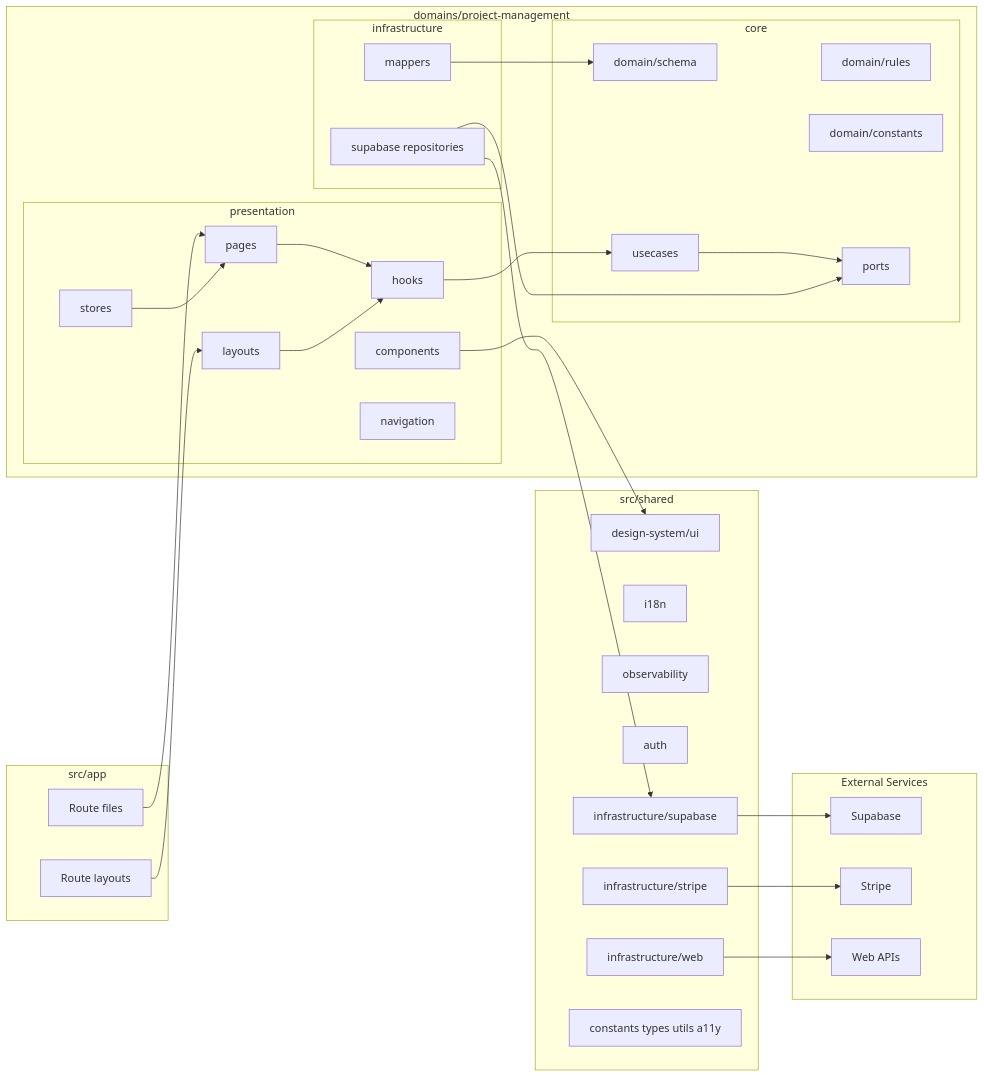
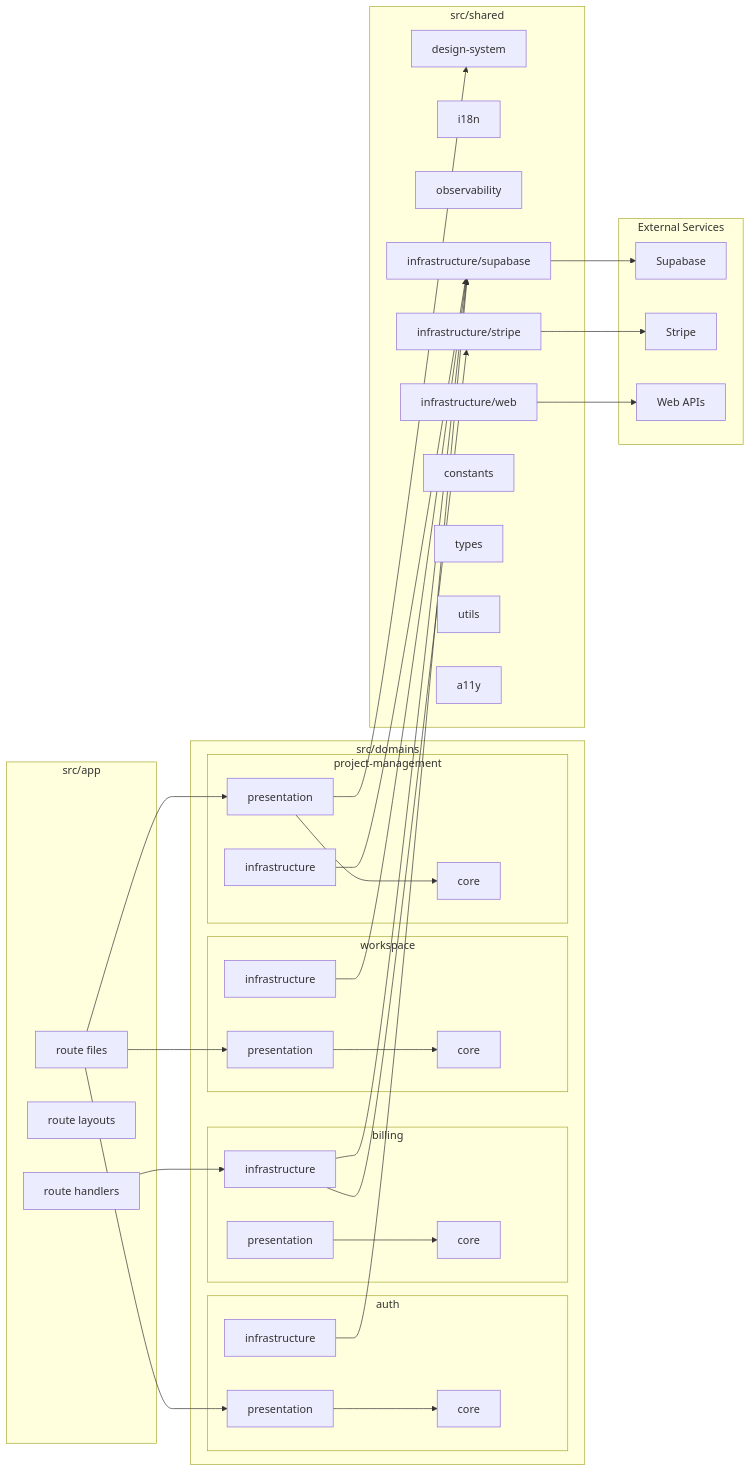
Before and after one commit to mc6ril/workbench: the fourth of 5 diagrams in .cursor/docs/flowchart.md, drawn with Mermaid. The commit also changed other lines of this file and 19 other files, not shown here.

````diff
--- a/.cursor/docs/flowchart.md
+++ b/.cursor/docs/flowchart.md
@@ -73,63 +88,76 @@
 ```mermaid
 flowchart LR
    subgraph APP[src/app]
-      APP1[Route files]
-      APP2[Route layouts]
+      APP1[route files]
+      APP2[route layouts]
+      APP3[route handlers]
    end
 
-   subgraph PM[domains/project-management]
-      subgraph PM_PRE[presentation]
-         PM_PRE_1[pages]
-         PM_PRE_2[layouts]
-         PM_PRE_3[components]
-         PM_PRE_4[hooks]
-         PM_PRE_5[stores]
-         PM_PRE_6[navigation]
+   subgraph DOMAINS[src/domains]
+      subgraph AUTH[auth]
+         AUTH_PRE[presentation]
+         AUTH_CORE[core]
+         AUTH_INFRA[infrastructure]
       end
 
-      subgraph PM_CORE[core]
-         PM_CORE_1[domain/schema]
-         PM_CORE_2[domain/rules]
-         PM_CORE_3[domain/constants]
-         PM_CORE_4[ports]
-         PM_CORE_5[usecases]
+      subgraph BILLING[billing]
+         BILLING_PRE[presentation]
+         BILLING_CORE[core]
+         BILLING_INFRA[infrastructure]
       end
 
-      subgraph PM_INFRA[infrastructure]
-         PM_INFRA_1[supabase repositories]
-         PM_INFRA_2[mappers]
+      subgraph WORKSPACE[workspace]
+         WORKSPACE_PRE[presentation]
+         WORKSPACE_CORE[core]
+         WORKSPACE_INFRA[infrastructure]
+      end
+
+      subgraph PM[project-management]
+         PM_PRE[presentation]
+         PM_CORE[core]
+         PM_INFRA[infrastructure]
       end
    end
 
    subgraph SHARED[src/shared]
-      SHARED_1[design-system/ui]
+      SHARED_1[design-system]
       SHARED_2[i18n]
       SHARED_3[observability]
-      SHARED_4[auth]
-      SHARED_5[infrastructure/supabase]
-      SHARED_6[infrastructure/stripe]
-      SHARED_7[infrastructure/web]
-      SHARED_8[constants types utils a11y]
+      SHARED_4[infrastructure/supabase]
+      SHARED_5[infrastructure/stripe]
+      SHARED_6[infrastructure/web]
+      SHARED_7[constants]
+      SHARED_8[types]
+      SHARED_9[utils]
+      SHARED_10[a11y]
    end
 
    subgraph EXT[External Services]
       EXT1[Supabase]
       EXT2[Stripe]
       EXT3[Web APIs]
    end
 
-   APP1 --> PM_PRE_1
-   APP2 --> PM_PRE_2
-   PM_PRE_1 --> PM_PRE_4
-   PM_PRE_2 --> PM_PRE_4
-   PM_PRE_3 --> SHARED_1
-   PM_PRE_4 --> PM_CORE_5
-   PM_PRE_5 --> PM_PRE_1
-   PM_CORE_5 --> PM_CORE_4
-   PM_INFRA_1 --> SHARED_5
-   PM_INFRA_1 --> PM_CORE_4
-   PM_INFRA_2 --> PM_CORE_1
-   SHARED_5 --> EXT1
-   SHARED_6 --> EXT2
-   SHARED_7 --> EXT3
+   APP1 --> AUTH_PRE
+   APP1 --> WORKSPACE_PRE
+   APP1 --> PM_PRE
+   APP3 --> BILLING_INFRA
+
+   AUTH_PRE --> AUTH_CORE
+   AUTH_INFRA --> SHARED_4
+
+   BILLING_PRE --> BILLING_CORE
+   BILLING_INFRA --> SHARED_5
+   BILLING_INFRA --> SHARED_4
+
+   WORKSPACE_PRE --> WORKSPACE_CORE
+   WORKSPACE_INFRA --> SHARED_4
+
+   PM_PRE --> PM_CORE
+   PM_PRE --> SHARED_1
+   PM_INFRA --> SHARED_4
+
+   SHARED_4 --> EXT1
+   SHARED_5 --> EXT2
+   SHARED_6 --> EXT3
 ```
````
